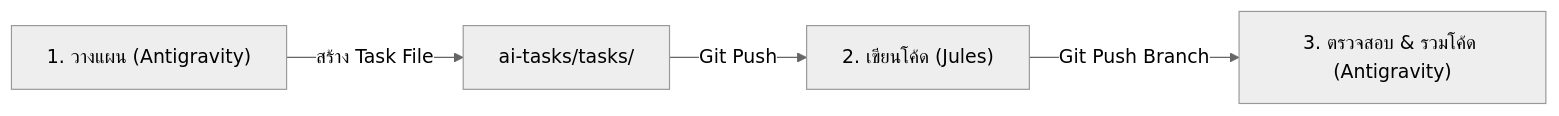
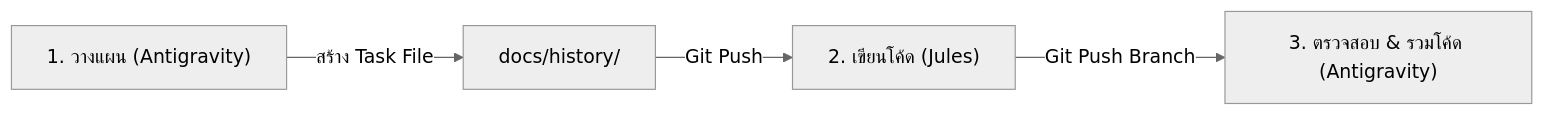
One commit to dowa-tht/it-management changed the diagram in docs/manuals/MULTI_AGENT_WORKFLOW_GUIDE.md. Above: the diagram before and after it, drawn with Mermaid (neutral theme). The commit also changed other lines of this file and 74 other files, not shown here.

````diff
--- a/docs/manuals/MULTI_AGENT_WORKFLOW_GUIDE.md
+++ b/docs/manuals/MULTI_AGENT_WORKFLOW_GUIDE.md
@@ -24,6 +24,6 @@
 ```mermaid
 graph LR
-    A["1. วางแผน (Antigravity)"] -->|สร้าง Task File| B["ai-tasks/tasks/"]
+    A["1. วางแผน (Antigravity)"] -->|สร้าง Task File| B["docs/history/"]
     B -->|Git Push| C["2. เขียนโค้ด (Jules)"]
     C -->|Git Push Branch| D["3. ตรวจสอบ & รวมโค้ด (Antigravity)"]
 ```
````
